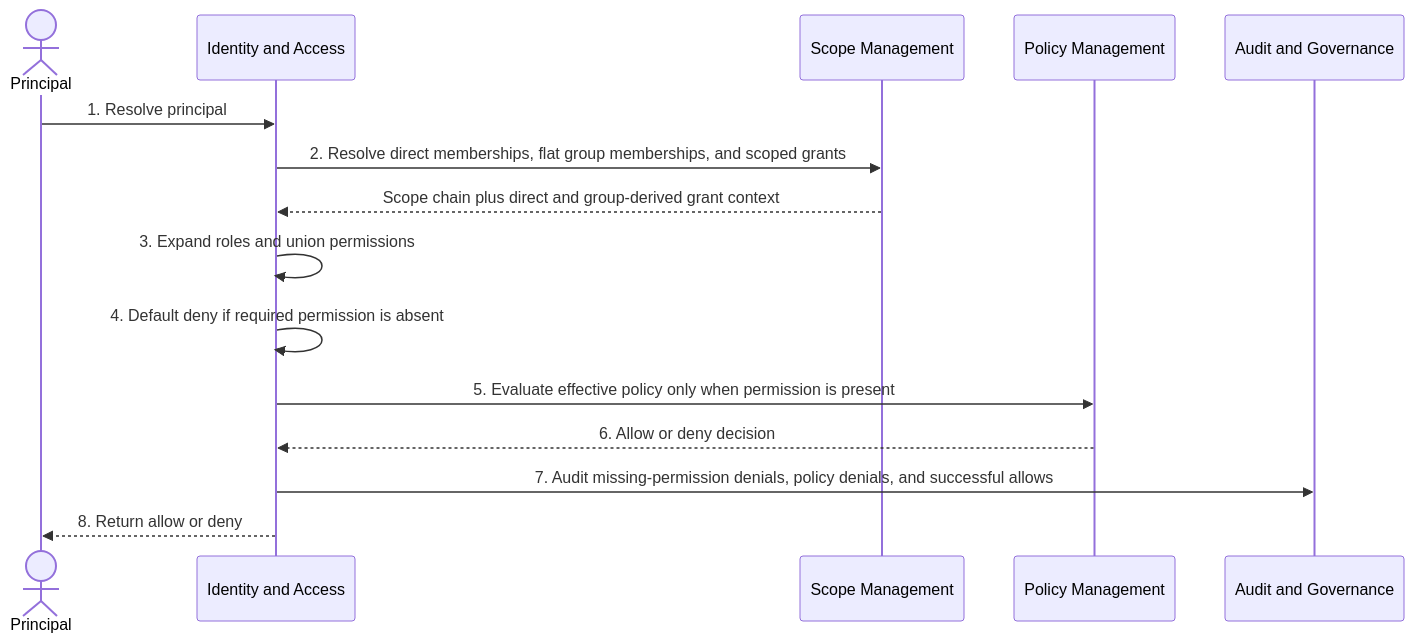
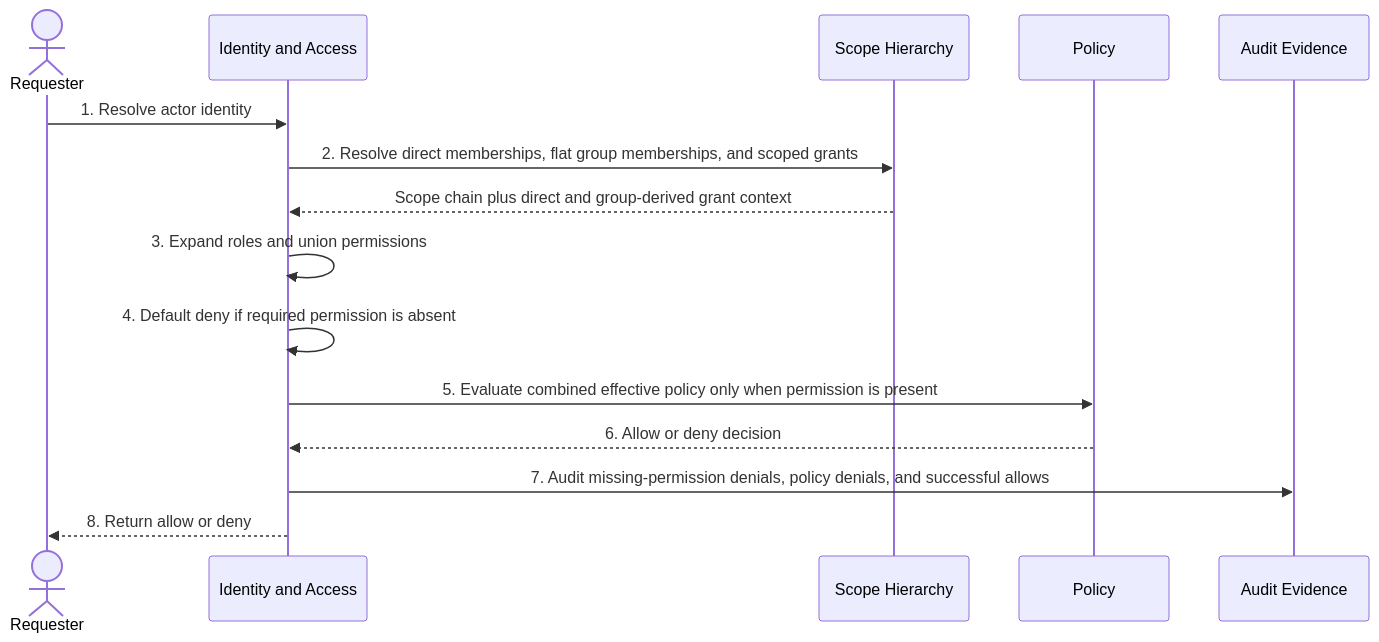
One commit to stefan-karlsson/software-architecture changed the first of 3 diagrams in documentation/arc42/06_runtime_view.adoc. Above: the diagram before and after it, drawn with Mermaid. The commit also changed other lines of this file and 25 other files, not shown here.

First line of the commit message:
feat: Refactor architecture documentation for Platform Control Plane

```diff
--- a/documentation/arc42/06_runtime_view.adoc
+++ b/documentation/arc42/06_runtime_view.adoc
@@ -13,19 +13,19 @@
 [mermaid, format=svg]
 ....
 sequenceDiagram
-  actor Principal
+  actor Requester
   participant IAM as Identity and Access
-  participant Scope as Scope Management
-  participant Policy as Policy Management
-  participant Audit as Audit and Governance
+  participant Scope as Scope Hierarchy
+  participant Policy as Policy
+  participant Audit as Audit Evidence
 
-  Principal->>IAM: 1. Resolve principal
+  Requester->>IAM: 1. Resolve actor identity
   IAM->>Scope: 2. Resolve direct memberships, flat group memberships, and scoped grants
   Scope-->>IAM: Scope chain plus direct and group-derived grant context
   IAM->>IAM: 3. Expand roles and union permissions
   IAM->>IAM: 4. Default deny if required permission is absent
-  IAM->>Policy: 5. Evaluate effective policy only when permission is present
+  IAM->>Policy: 5. Evaluate combined effective policy only when permission is present
   Policy-->>IAM: 6. Allow or deny decision
   IAM->>Audit: 7. Audit missing-permission denials, policy denials, and successful allows
-  IAM-->>Principal: 8. Return allow or deny
+  IAM-->>Requester: 8. Return allow or deny
 ....
```
